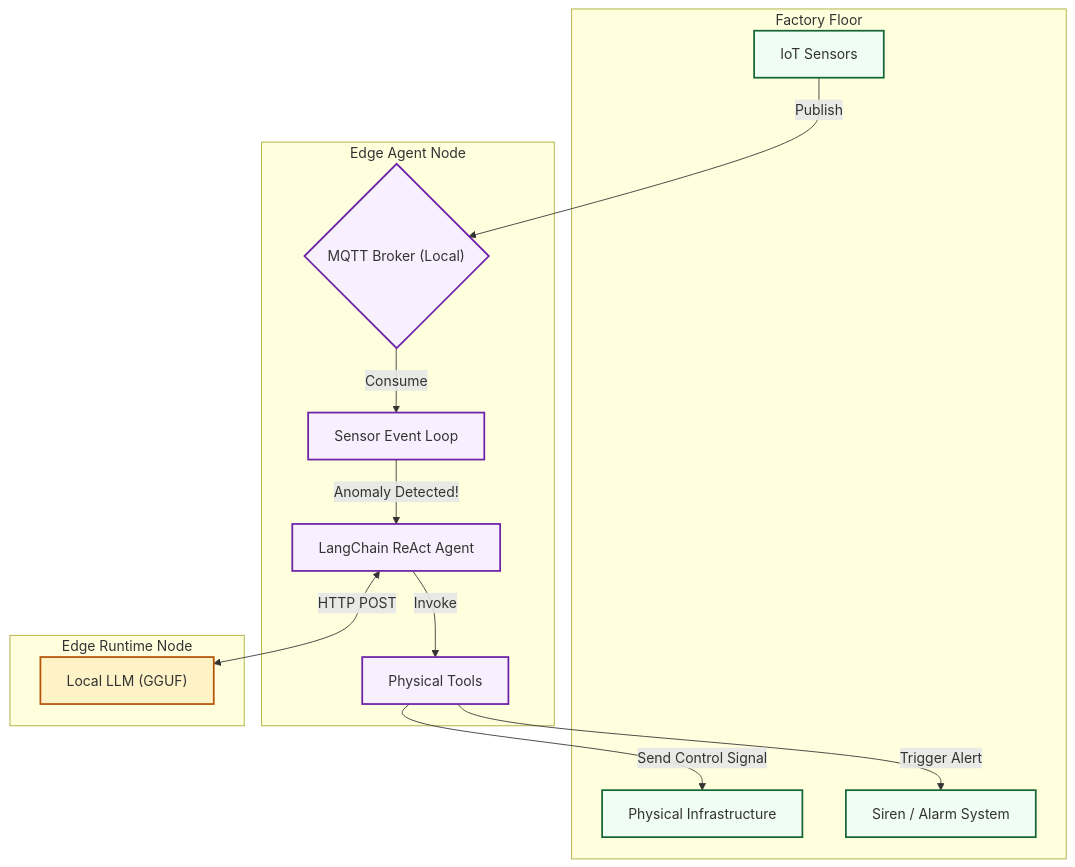
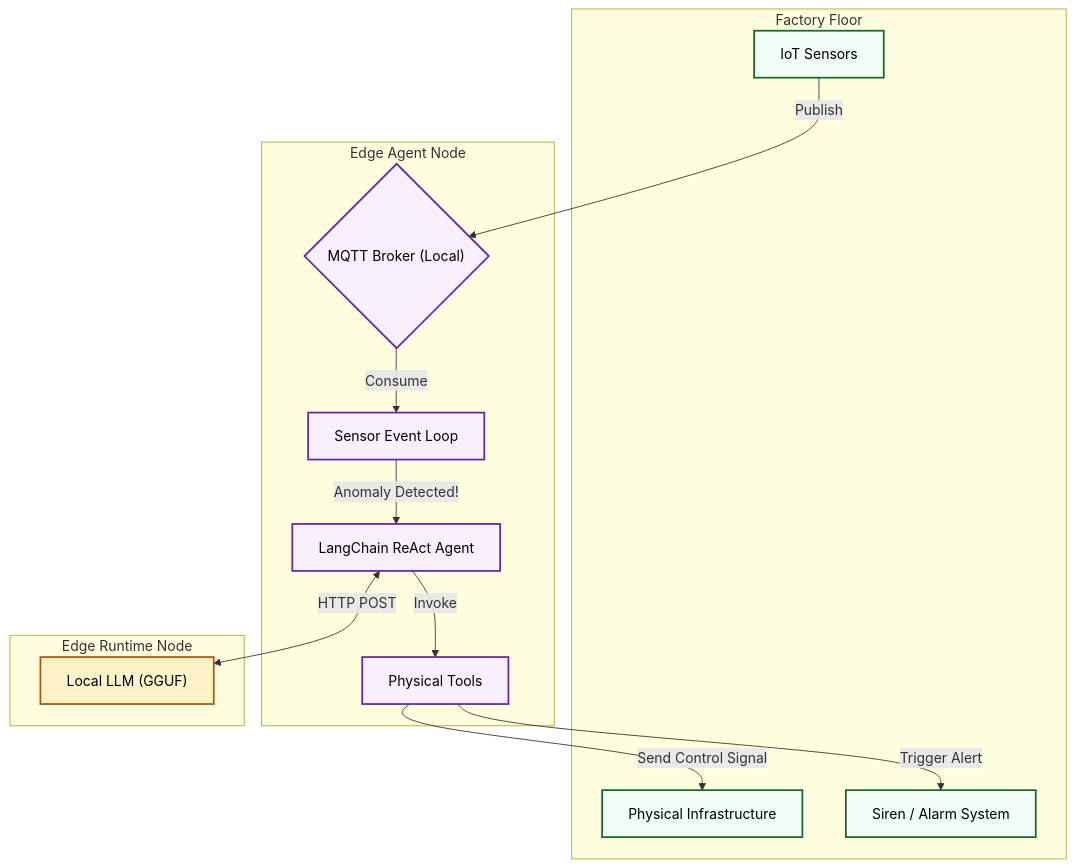
Before and after one commit to Devopstrio/edge-agent: the diagram in README.md, drawn with Mermaid. The commit also changed 2 other files, not shown here.

Commit message:
fix: ruff line length and mermaid text color contrast

````diff
--- a/README.md
+++ b/README.md
@@ -28,37 +28,37 @@
 ```mermaid
 graph TD
     subgraph FactoryFloor["Factory Floor"]
         Sensors["IoT Sensors"]
         Machines["Physical Infrastructure"]
         Alarms["Siren / Alarm System"]
     end
     
     subgraph AgentNode["Edge Agent Node"]
         MQTT{"MQTT Broker (Local)"}
         EventLoop["Sensor Event Loop"]
         ReAct["LangChain ReAct Agent"]
         Tools["Physical Tools"]
     end
     
     subgraph LLMNode["Edge Runtime Node"]
         LocalLLM["Local LLM (GGUF)"]
     end
     
     Sensors -->|Publish| MQTT
     MQTT -->|Consume| EventLoop
     EventLoop -->|Anomaly Detected!| ReAct
     
     ReAct <-->|HTTP POST| LocalLLM
     ReAct -->|Invoke| Tools
     
     Tools -->|Send Control Signal| Machines
     Tools -->|Trigger Alert| Alarms
     
-    classDef floor fill:#f0fdf4,stroke:#166534,stroke-width:2px;
-    classDef agent fill:#f9f0ff,stroke:#6b21a8,stroke-width:2px;
-    classDef llm fill:#fef3c7,stroke:#b45309,stroke-width:2px;
+    classDef floor fill:#f0fdf4,stroke:#166534,stroke-width:2px,color:#000000;
+    classDef agent fill:#f9f0ff,stroke:#6b21a8,stroke-width:2px,color:#000000;
+    classDef llm fill:#fef3c7,stroke:#b45309,stroke-width:2px,color:#000000;
     
     class Sensors,Machines,Alarms floor;
     class EventLoop,ReAct,Tools,MQTT agent;
     class LocalLLM llm;
 ```
````
